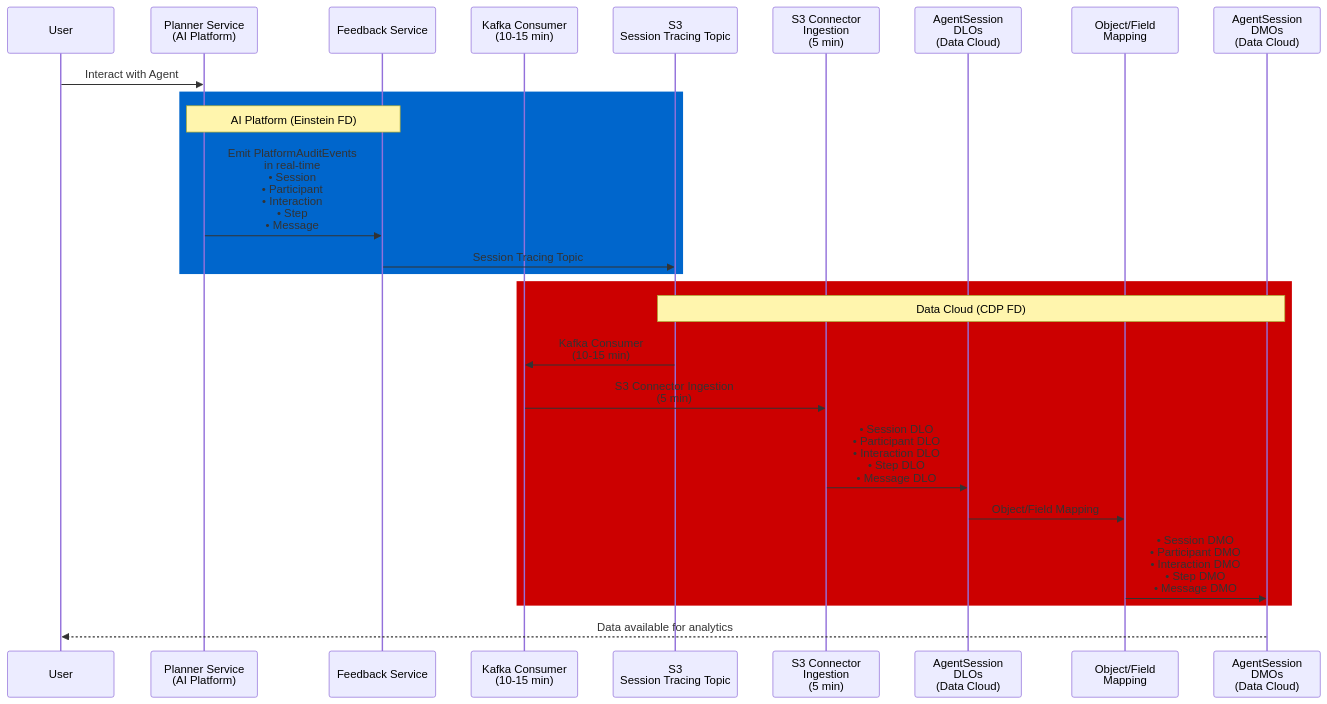
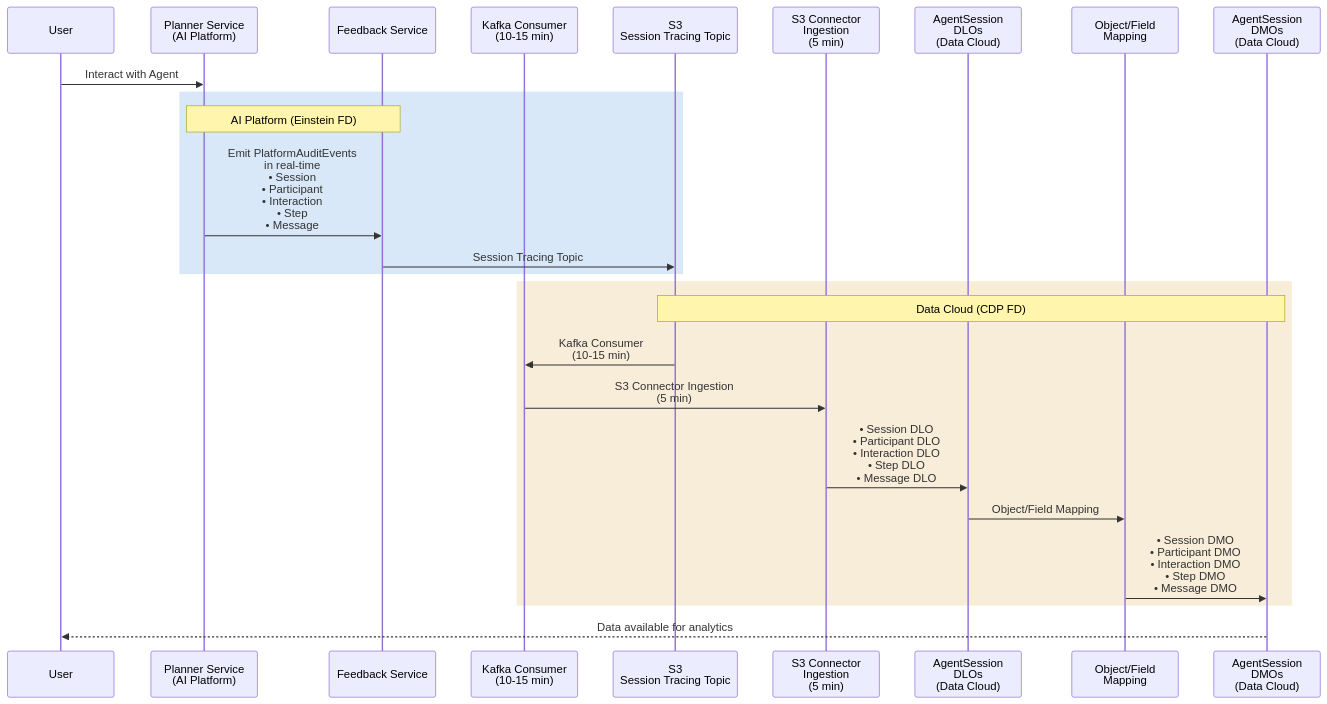
The fourth of 11 diagrams in agentforce/observability/README_Agentforce_Observability_System_Architecture.md (arupsarkar-sfdc/Misc), drawn with Mermaid before and after one commit.

Commit message:
Fix: Updated color scheme

````diff
--- a/agentforce/observability/README_Agentforce_Observability_System_Architecture.md
+++ b/agentforce/observability/README_Agentforce_Observability_System_Architecture.md
@@ -353,31 +353,31 @@
 ```mermaid
 sequenceDiagram
     participant User
     participant Planner as Planner Service<br/>(AI Platform)
     participant Feedback as Feedback Service
     participant Kafka as Kafka Consumer<br/>(10-15 min)
     participant S3 as S3<br/>Session Tracing Topic
     participant S3Conn as S3 Connector<br/>Ingestion<br/>(5 min)
     participant DLO as AgentSession<br/>DLOs<br/>(Data Cloud)
     participant Mapping as Object/Field<br/>Mapping
     participant DMO as AgentSession<br/>DMOs<br/>(Data Cloud)
     
     User->>Planner: Interact with Agent
     
-    rect rgb(0, 102, 204)
+    rect rgba(0, 102, 204, 0.15)
         Note over Planner,Feedback: AI Platform (Einstein FD)
         Planner->>Feedback: Emit PlatformAuditEvents<br/>in real-time<br/>• Session<br/>• Participant<br/>• Interaction<br/>• Step<br/>• Message
         Feedback->>S3: Session Tracing Topic
     end
     
-    rect rgb(204, 0, 0)
+    rect rgba(204, 136, 0, 0.15)
         Note over S3,DMO: Data Cloud (CDP FD)
         S3->>Kafka: Kafka Consumer<br/>(10-15 min)
         Kafka->>S3Conn: S3 Connector Ingestion<br/>(5 min)
         S3Conn->>DLO: • Session DLO<br/>• Participant DLO<br/>• Interaction DLO<br/>• Step DLO<br/>• Message DLO
         DLO->>Mapping: Object/Field Mapping
         Mapping->>DMO: • Session DMO<br/>• Participant DMO<br/>• Interaction DMO<br/>• Step DMO<br/>• Message DMO
     end
     
     DMO-->>User: Data available for analytics
 ```
````
